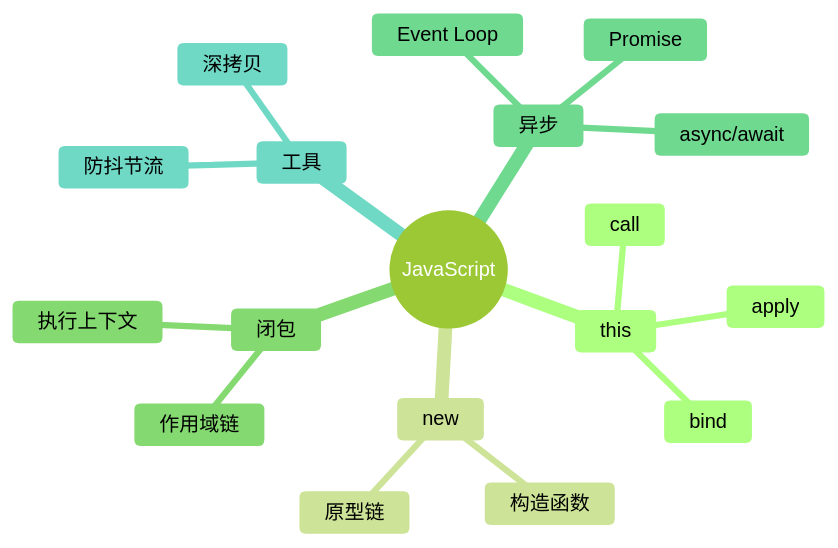
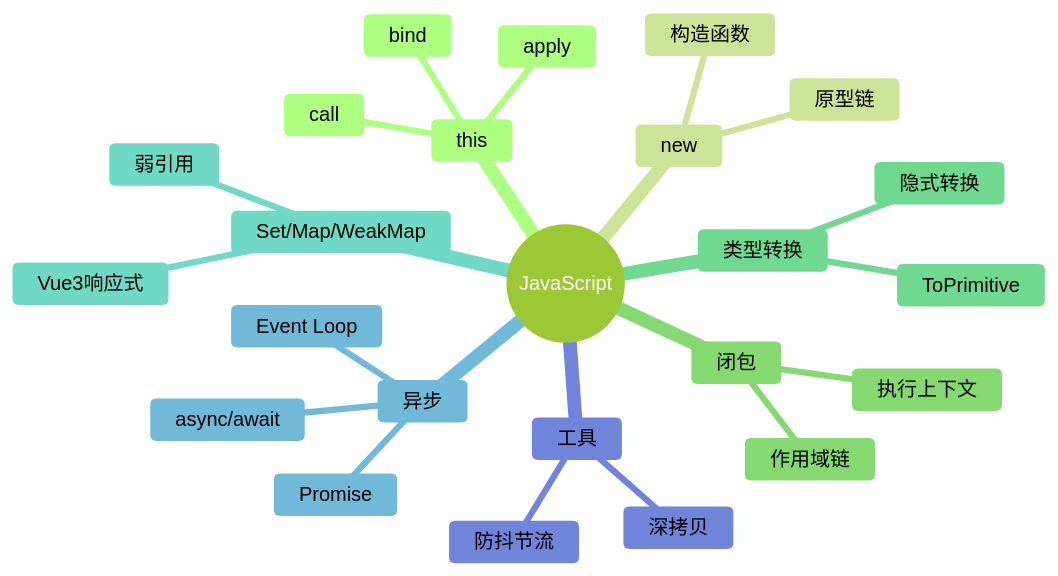
The diagram in docs/JavaScript/index.md (zjh42139/interview-notes), drawn with Mermaid (forest theme) before and after one commit. The commit also changed other lines of this file and 12 other files, not shown here.

````diff
--- a/docs/JavaScript/index.md
+++ b/docs/JavaScript/index.md
@@ -9,21 +9,27 @@
 ```mermaid
 mindmap
   root((JavaScript))
     this
       call
       apply
       bind
     new
       构造函数
       原型链
     闭包
       作用域链
       执行上下文
+    类型转换
+      隐式转换
+      ToPrimitive
+    Set/Map/WeakMap
+      弱引用
+      Vue3响应式
     异步
       Promise
       Event Loop
       async/await
     工具
       深拷贝
       防抖节流
 ```
````
